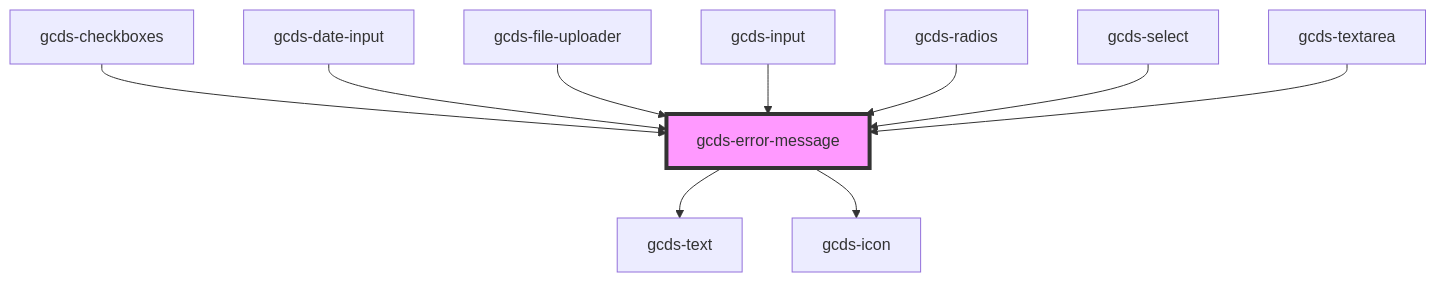
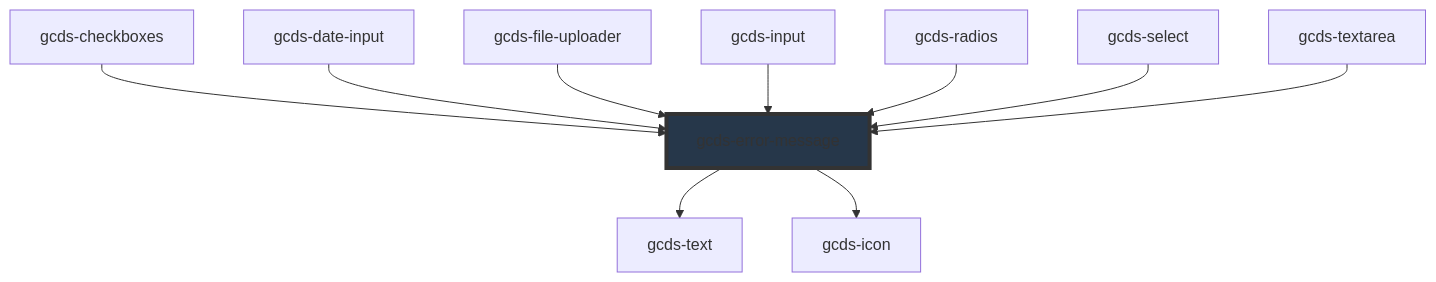
One commit to cds-snc/gcds-components changed the diagram in packages/web/src/components/gcds-error-message/readme.md. Above: the diagram before and after it, drawn with Mermaid. The commit also changed other lines of this file and 21 other files, not shown here.

````diff
--- a/packages/web/src/components/gcds-error-message/readme.md
+++ b/packages/web/src/components/gcds-error-message/readme.md
@@ -33,13 +40,13 @@
 ```mermaid
 graph TD;
   gcds-error-message --> gcds-text
   gcds-error-message --> gcds-icon
   gcds-checkboxes --> gcds-error-message
   gcds-date-input --> gcds-error-message
   gcds-file-uploader --> gcds-error-message
   gcds-input --> gcds-error-message
   gcds-radios --> gcds-error-message
   gcds-select --> gcds-error-message
   gcds-textarea --> gcds-error-message
-  style gcds-error-message fill:#f9f,stroke:#333,stroke-width:4px
+  style gcds-error-message fill:#26374a,stroke:#333,stroke-width:4px
 ```
````
